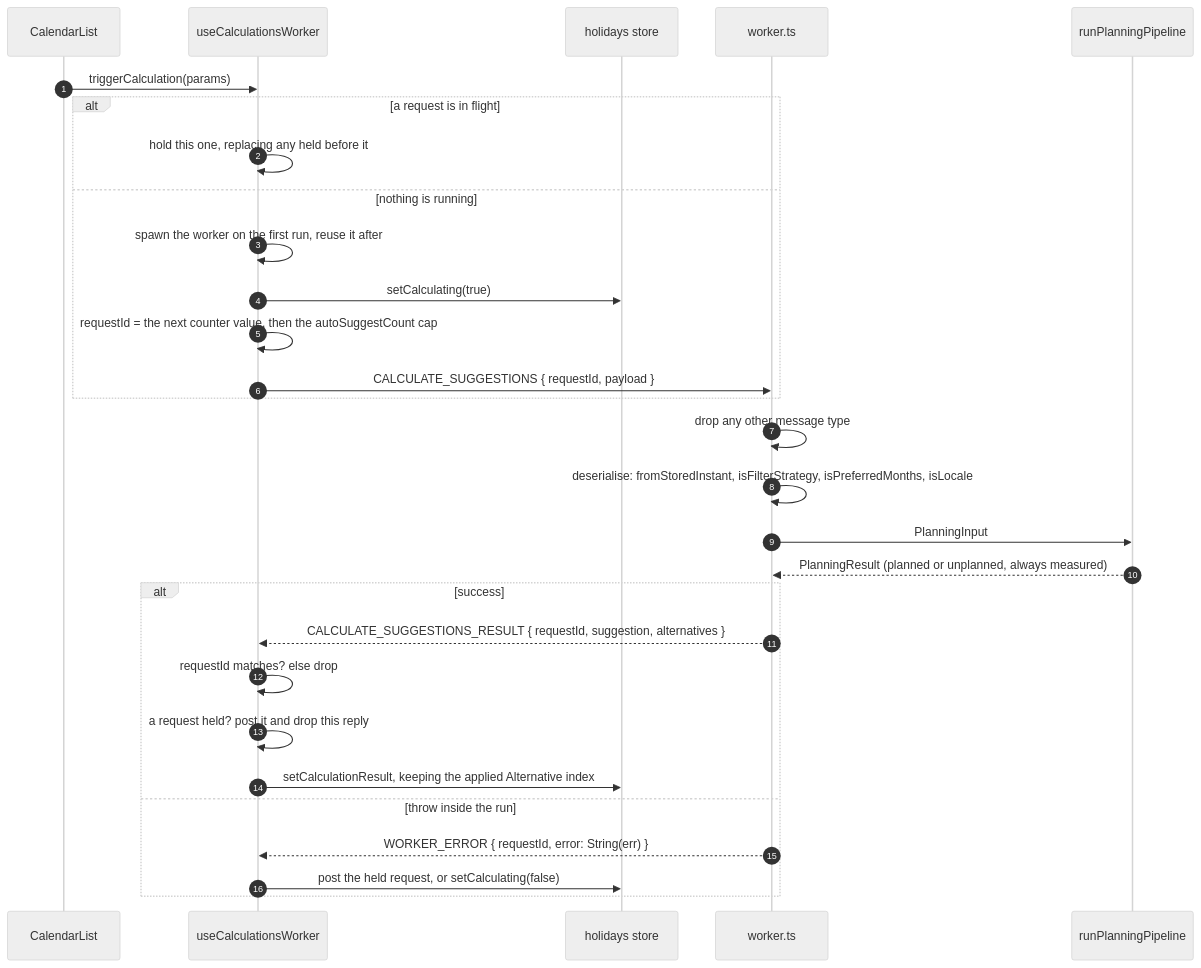
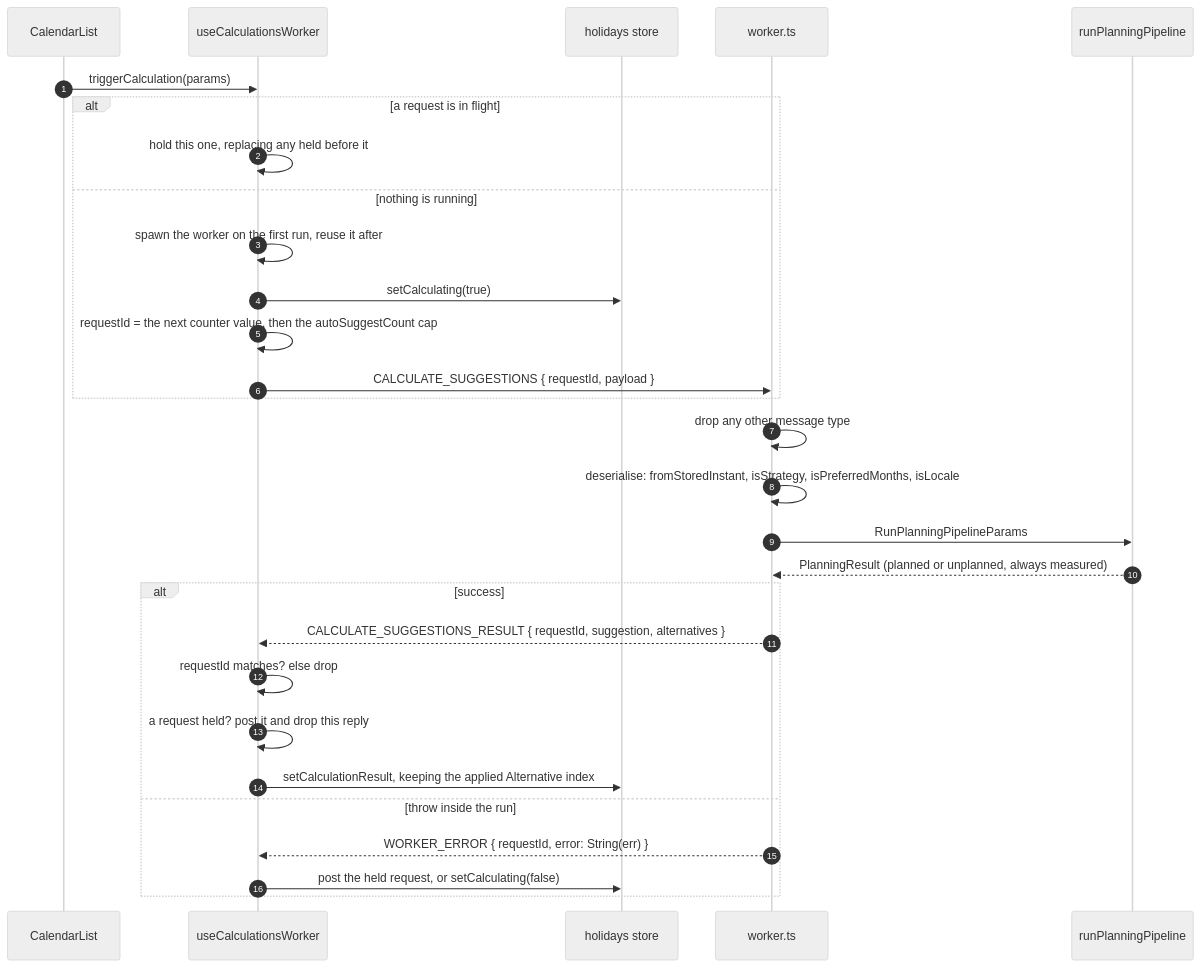
One commit to fbuireu/forever-pto changed the first of 2 diagrams in apps/docs/src/content/docs/how-it-works/calculation-worker.mdx. Above: the diagram before and after it, drawn with Mermaid (neutral theme). The commit also changed other lines of this file and 239 other files, not shown here.

````diff
--- a/apps/docs/src/content/docs/how-it-works/calculation-worker.mdx
+++ b/apps/docs/src/content/docs/how-it-works/calculation-worker.mdx
@@ -16,31 +16,31 @@
 ```mermaid
 sequenceDiagram
   autonumber
   participant CL as CalendarList
   participant HK as useCalculationsWorker
   participant HS as holidays store
   participant WK as worker.ts
   participant PL as runPlanningPipeline
   CL->>HK: triggerCalculation(params)
   alt a request is in flight
     HK->>HK: hold this one, replacing any held before it
   else nothing is running
     HK->>HK: spawn the worker on the first run, reuse it after
     HK->>HS: setCalculating(true)
     HK->>HK: requestId = the next counter value, then the autoSuggestCount cap
     HK->>WK: CALCULATE_SUGGESTIONS { requestId, payload }
   end
   WK->>WK: drop any other message type
-  WK->>WK: deserialise: fromStoredInstant, isFilterStrategy, isPreferredMonths, isLocale
-  WK->>PL: PlanningInput
+  WK->>WK: deserialise: fromStoredInstant, isStrategy, isPreferredMonths, isLocale
+  WK->>PL: RunPlanningPipelineParams
   PL-->>WK: PlanningResult (planned or unplanned, always measured)
   alt success
     WK-->>HK: CALCULATE_SUGGESTIONS_RESULT { requestId, suggestion, alternatives }
     HK->>HK: requestId matches? else drop
     HK->>HK: a request held? post it and drop this reply
     HK->>HS: setCalculationResult, keeping the applied Alternative index
   else throw inside the run
     WK-->>HK: WORKER_ERROR { requestId, error: String(err) }
     HK->>HS: post the held request, or setCalculating(false)
   end
 ```
````
